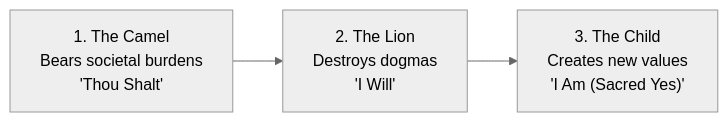
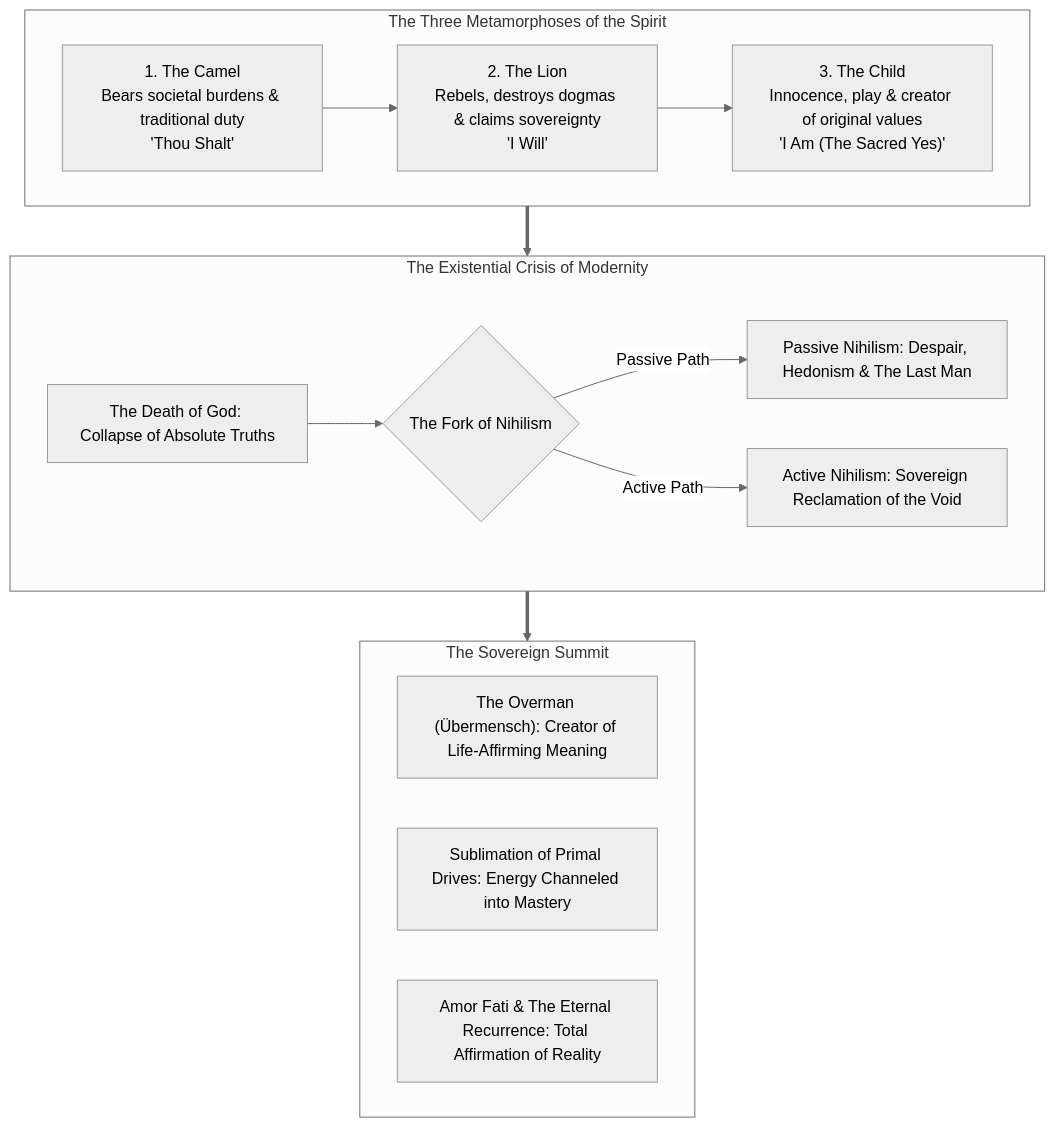
Before and after one commit to vs00918/ytdecoded: the first of 3 diagrams in src/content/topics/the-will-to-power-and-self-overcoming.md, drawn with Mermaid (neutral theme). The commit also changed other lines of this file and 1 other file, not shown here.

````diff
--- a/src/content/topics/the-will-to-power-and-self-overcoming.md
+++ b/src/content/topics/the-will-to-power-and-self-overcoming.md
@@ -47,5 +65,24 @@
 ```mermaid
-flowchart LR
-    Camel["1. The Camel<br>Bears societal burdens<br>'Thou Shalt'"] --> Lion["2. The Lion<br>Destroys dogmas<br>'I Will'"]
-    Lion --> Child["3. The Child<br>Creates new values<br>'I Am (Sacred Yes)'"]
+graph TD
+    subgraph SG_1_Metamorphosis ["The Three Metamorphoses of the Spirit"]
+        Camel["1. The Camel<br/>Bears societal burdens & traditional duty<br/>'Thou Shalt'"] 
+        --> Lion["2. The Lion<br/>Rebels, destroys dogmas & claims sovereignty<br/>'I Will'"]
+        --> Child["3. The Child<br/>Innocence, play & creator of original values<br/>'I Am (The Sacred Yes)'"]
+    end
+
+    subgraph SG_2_The_Existential_Cr ["The Existential Crisis of Modernity"]
+        D1["The Death of God: Collapse of Absolute Truths"]
+        --> D2{"The Fork of Nihilism"}
+        D2 -->|Passive Path| N1["Passive Nihilism: Despair, Hedonism & The Last Man"]
+        D2 -->|Active Path| N2["Active Nihilism: Sovereign Reclamation of the Void"]
+    end
+
+    subgraph SG_3_The_Summit ["The Sovereign Summit"]
+        S1["The Overman (Übermensch): Creator of Life-Affirming Meaning"]
+        S2["Sublimation of Primal Drives: Energy Channeled into Mastery"]
+        S3["Amor Fati & The Eternal Recurrence: Total Affirmation of Reality"]
+    end
+
+    SG_1_Metamorphosis ==> SG_2_The_Existential_Cr ==> SG_3_The_Summit
+
 ```
````
